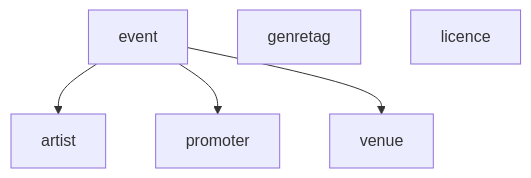
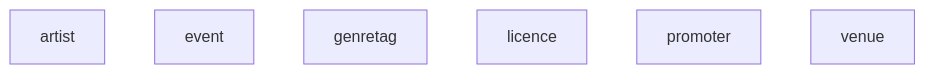
The diagram in docs/architecture/modules-events-core.md (enorm-labs/event-junkie), drawn with Mermaid before and after one commit. The commit also changed 15 other files, not shown here.

````diff
--- a/docs/architecture/modules-events-core.md
+++ b/docs/architecture/modules-events-core.md
@@ -9,13 +9,9 @@
 ```mermaid
 flowchart TD
     artist["artist"]
     event["event"]
     genretag["genretag"]
     licence["licence"]
     promoter["promoter"]
     venue["venue"]
-
-    event --> artist
-    event --> promoter
-    event --> venue
 ```
````
